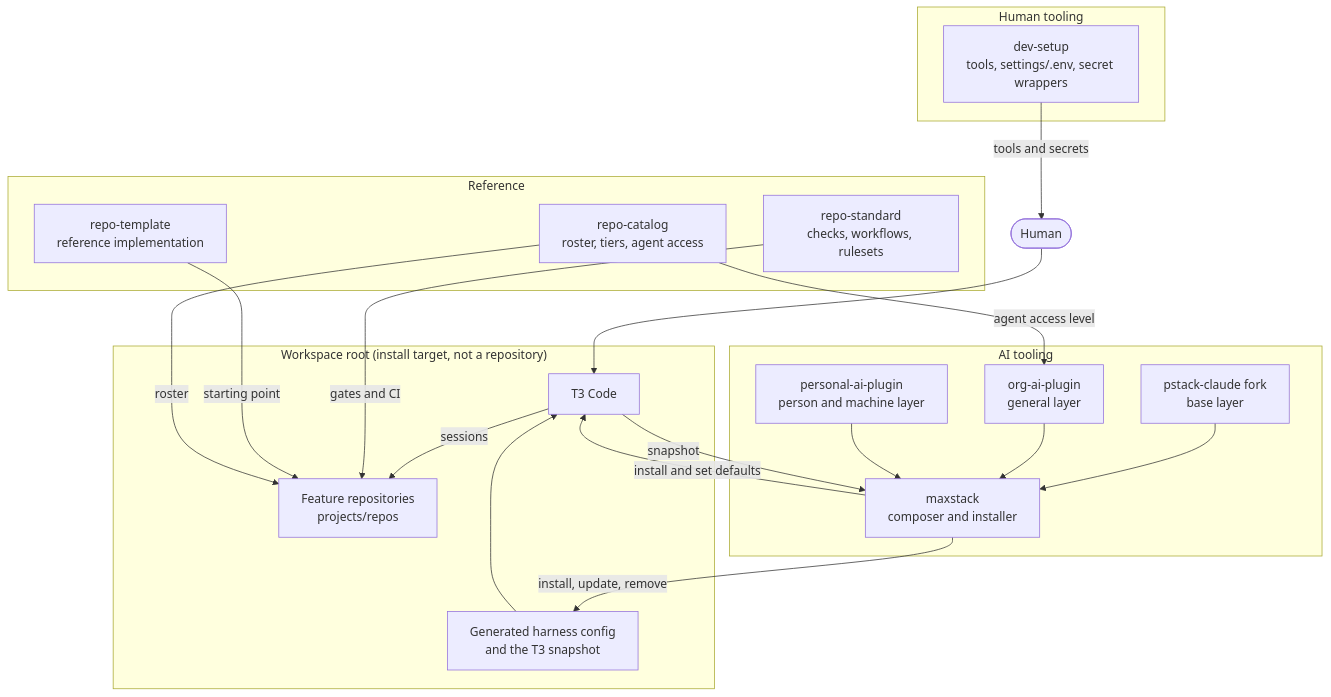
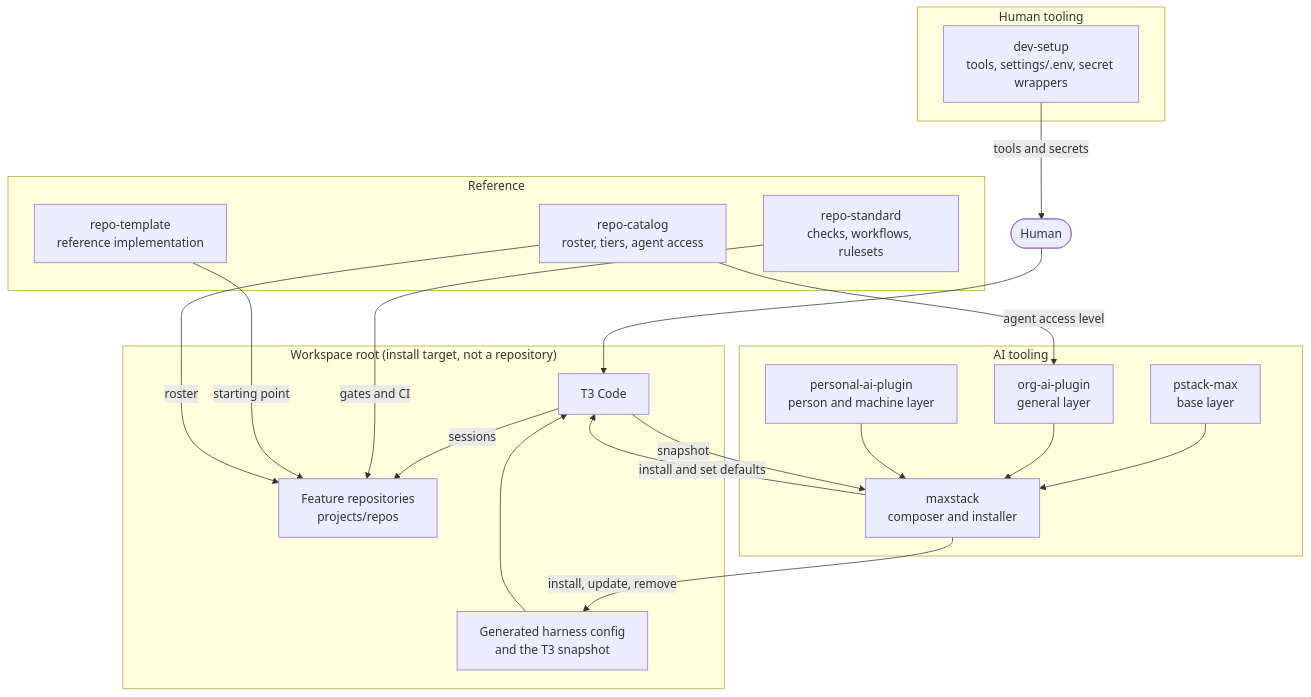
The first of 3 diagrams in docs/fleet-architecture.md (simpsonm09-org/simpsonm09-repo-catalog), drawn with Mermaid before and after one commit. The commit also changed other lines of this file and 1 other file, not shown here.

Commit message:
docs: name the pstack fork pstack-max

````diff
--- a/docs/fleet-architecture.md
+++ b/docs/fleet-architecture.md
@@ -16,42 +16,42 @@
 ```mermaid
 flowchart TB
     Human(["Human"])
 
     subgraph AI["AI tooling"]
-        Pstack["pstack-claude fork<br/>base layer"]
+        Pstack["pstack-max<br/>base layer"]
         Org["org-ai-plugin<br/>general layer"]
         Personal["personal-ai-plugin<br/>person and machine layer"]
         Maxstack["maxstack<br/>composer and installer"]
     end
 
     subgraph Tooling["Human tooling"]
         DevSetup["dev-setup<br/>tools, settings/.env, secret wrappers"]
     end
 
     subgraph Reference["Reference"]
         Catalog["repo-catalog<br/>roster, tiers, agent access"]
         Standard["repo-standard<br/>checks, workflows, rulesets"]
         Template["repo-template<br/>reference implementation"]
     end
 
     subgraph Workspace["Workspace root (install target, not a repository)"]
         T3["T3 Code"]
         Generated["Generated harness config<br/>and the T3 snapshot"]
         Features["Feature repositories<br/>projects/repos"]
     end
 
     Pstack --> Maxstack
     Org --> Maxstack
     Personal --> Maxstack
     Maxstack -- "install, update, remove" --> Generated
     Maxstack -- "install and set defaults" --> T3
     T3 -- "snapshot" --> Maxstack
     Generated --> T3
     Human --> T3
     T3 -- "sessions" --> Features
     DevSetup -- "tools and secrets" --> Human
     Catalog -- "agent access level" --> Org
     Standard -- "gates and CI" --> Features
     Template -- "starting point" --> Features
     Catalog -- "roster" --> Features
 ```
````
